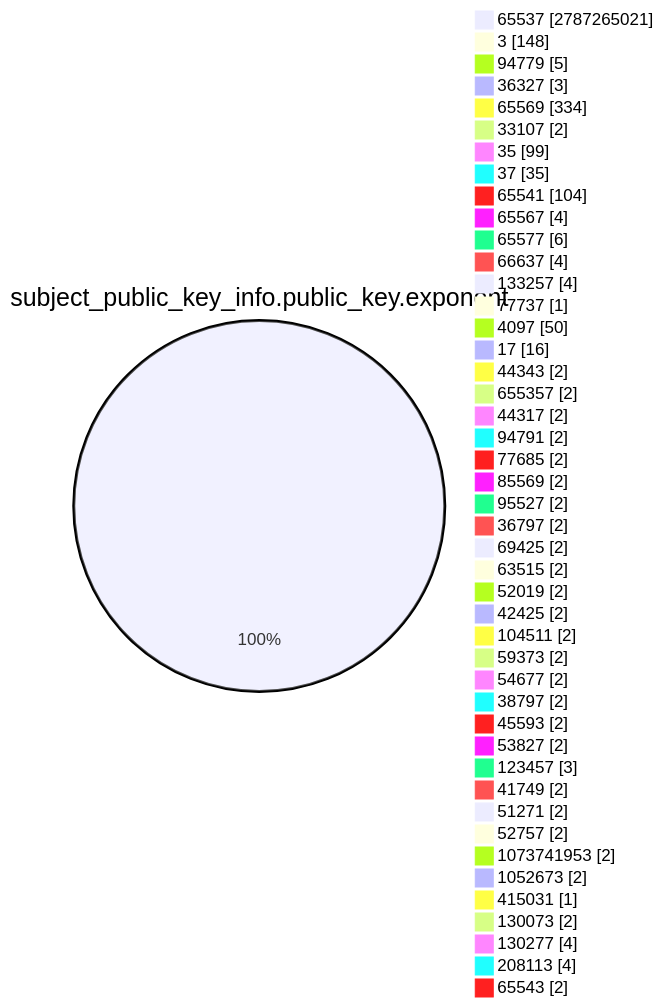
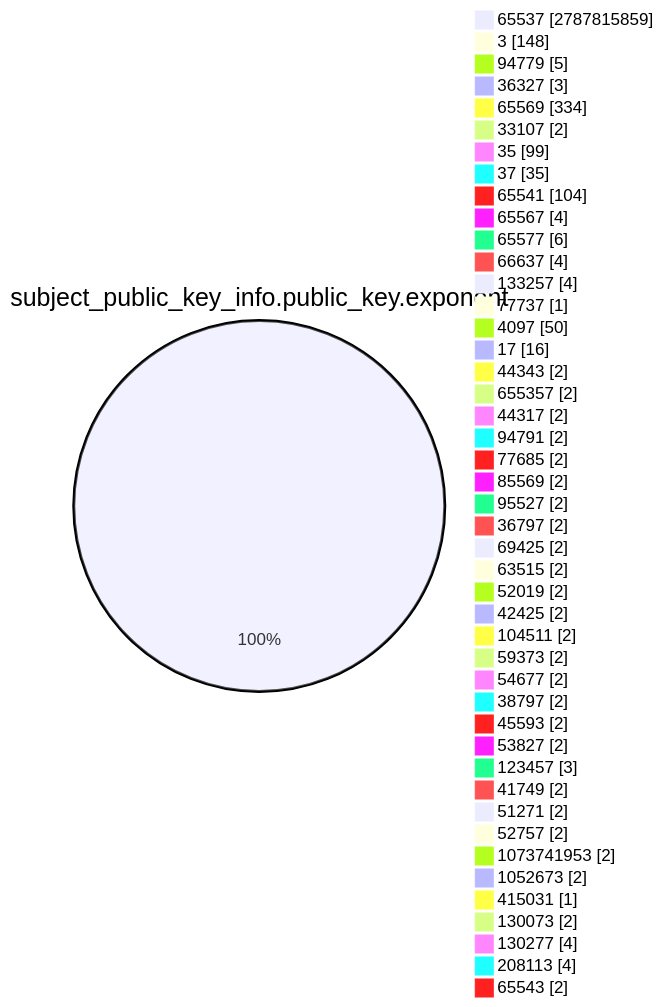
One commit to christiankrug/ctmonitor_visualization changed the fourth of 15 diagrams in TOTAL/README.md. Above: the diagram before and after it, drawn with Mermaid. The commit also changed other lines of this file, not shown here.

````diff
--- a/TOTAL/README.md
+++ b/TOTAL/README.md
@@ -1467,49 +1467,49 @@
 ```mermaid
 pie showData
 title subject_public_key_info.public_key.exponent
-"65537" :2787265021
+"65537" :2787815859
 "3" :148
 "94779" :5
 "36327" :3
 "65569" :334
 "33107" :2
 "35" :99
 "37" :35
 "65541" :104
 "65567" :4
 "65577" :6
 "66637" :4
 "133257" :4
 "77737" :1
 "4097" :50
 "17" :16
 "44343" :2
 "655357" :2
 "44317" :2
 "94791" :2
 "77685" :2
 "85569" :2
 "95527" :2
 "36797" :2
 "69425" :2
 "63515" :2
 "52019" :2
 "42425" :2
 "104511" :2
 "59373" :2
 "54677" :2
 "38797" :2
 "45593" :2
 "53827" :2
 "123457" :3
 "41749" :2
 "51271" :2
 "52757" :2
 "1073741953" :2
 "1052673" :2
 "415031" :1
 "130073" :2
 "130277" :4
 "208113" :4
 "65543" :2
 ```
````
